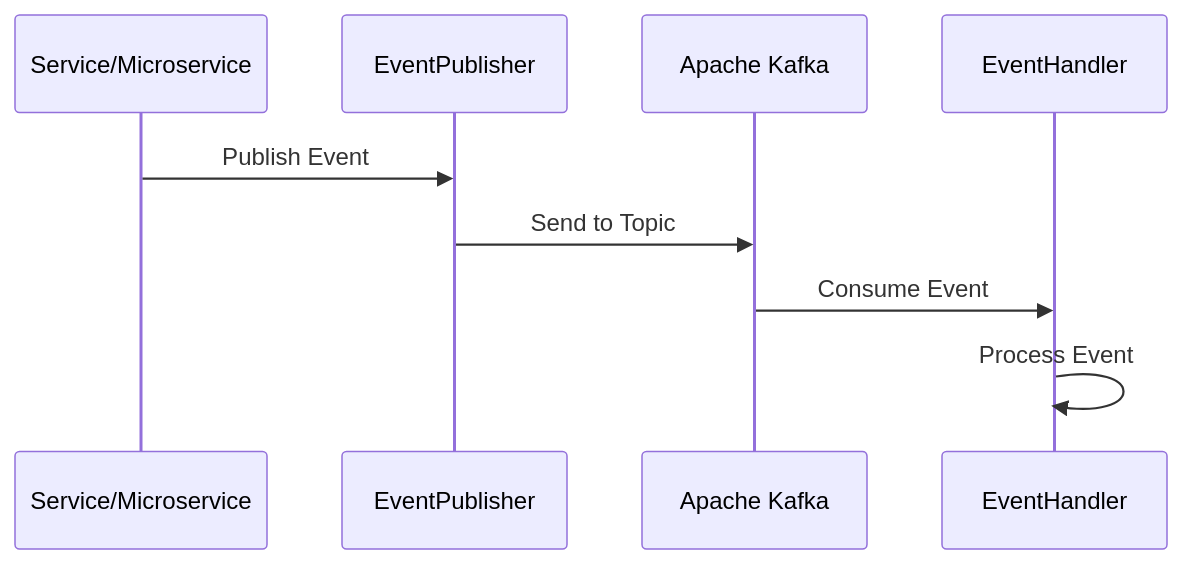
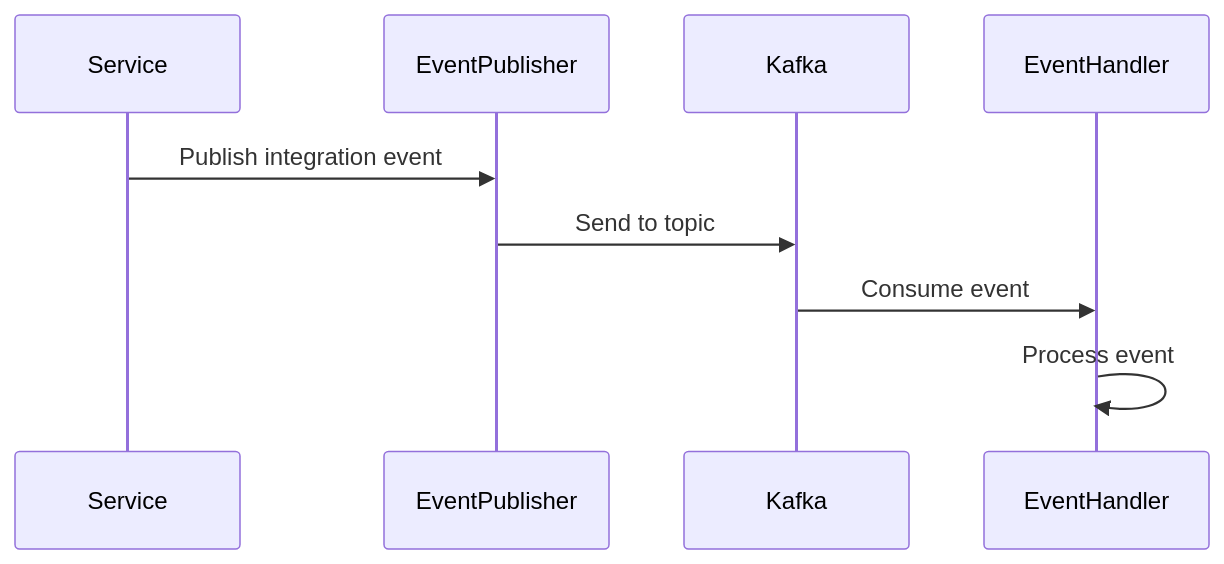
Before and after one commit to AlohaMarket/AlohaMarket.Aspire: the second of 2 diagrams in README.md, drawn with Mermaid. The commit also changed other lines of this file and 1 other file, not shown here.

First line of the commit message:
docs(readme): add technology badges and deployment architecture diagram

````diff
--- a/README.md
+++ b/README.md
@@ -131,12 +129,12 @@
 ```mermaid
 sequenceDiagram
-    participant Service as Service/Microservice
+    participant Service as Service
     participant Publisher as EventPublisher
-    participant Kafka as Apache Kafka
+    participant Kafka as Kafka
     participant Consumer as EventHandler
-    
-    Service->>Publisher: Publish Event
-    Publisher->>Kafka: Send to Topic
-    Kafka->>Consumer: Consume Event
-    Consumer->>Consumer: Process Event
+
+    Service->>Publisher: Publish integration event
+    Publisher->>Kafka: Send to topic
+    Kafka->>Consumer: Consume event
+    Consumer->>Consumer: Process event
 ```
````
